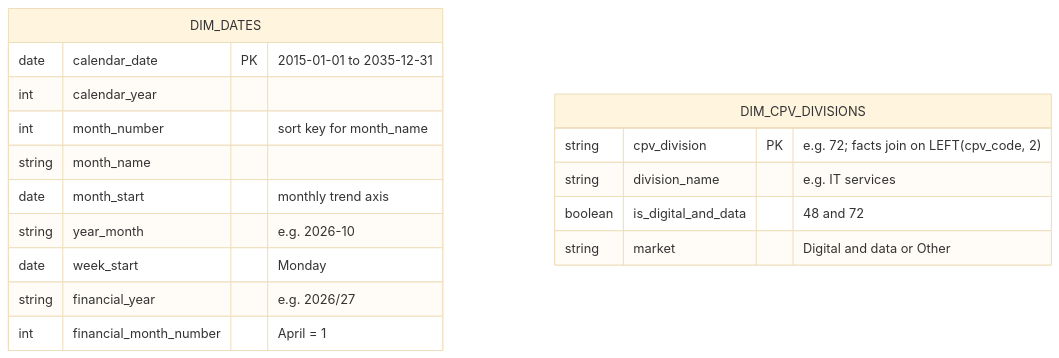
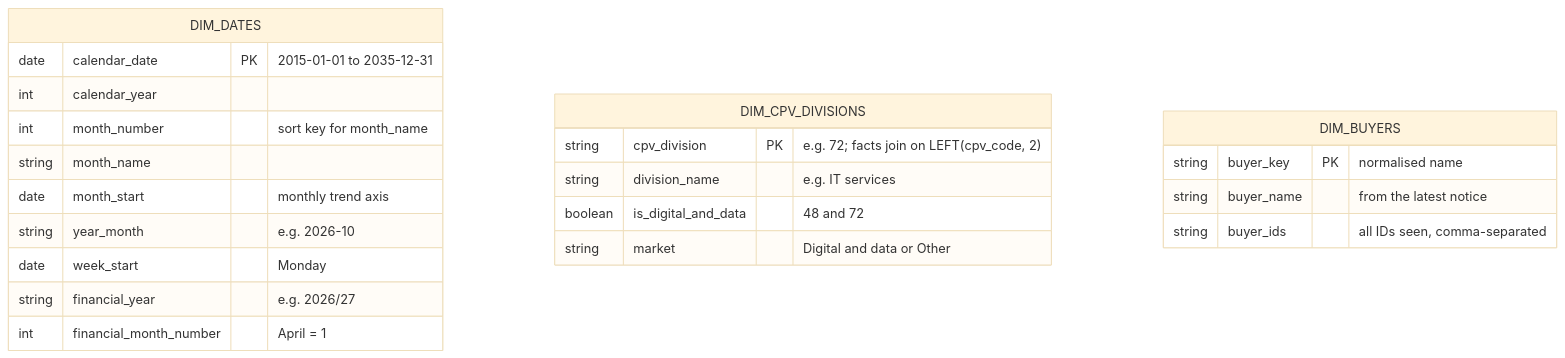
The diagram in docs/diagrams/marts-erd.md (jacekjastrzebski/uk-tenders-dbt-snowflake), drawn with Mermaid (base theme) before and after one commit. The commit also changed other lines of this file and 4 other files, not shown here.

Commit message:
Add dim_buyers grouped by normalised name

````diff
--- a/docs/diagrams/marts-erd.md
+++ b/docs/diagrams/marts-erd.md
@@ -5,20 +5,25 @@
 ```mermaid
 erDiagram
     DIM_DATES {
         date calendar_date PK "2015-01-01 to 2035-12-31"
         int calendar_year
         int month_number "sort key for month_name"
         string month_name
         date month_start "monthly trend axis"
         string year_month "e.g. 2026-10"
         date week_start "Monday"
         string financial_year "e.g. 2026/27"
         int financial_month_number "April = 1"
     }
     DIM_CPV_DIVISIONS {
         string cpv_division PK "e.g. 72; facts join on LEFT(cpv_code, 2)"
         string division_name "e.g. IT services"
         boolean is_digital_and_data "48 and 72"
         string market "Digital and data or Other"
     }
+    DIM_BUYERS {
+        string buyer_key PK "normalised name"
+        string buyer_name "from the latest notice"
+        string buyer_ids "all IDs seen, comma-separated"
+    }
 ```
````
